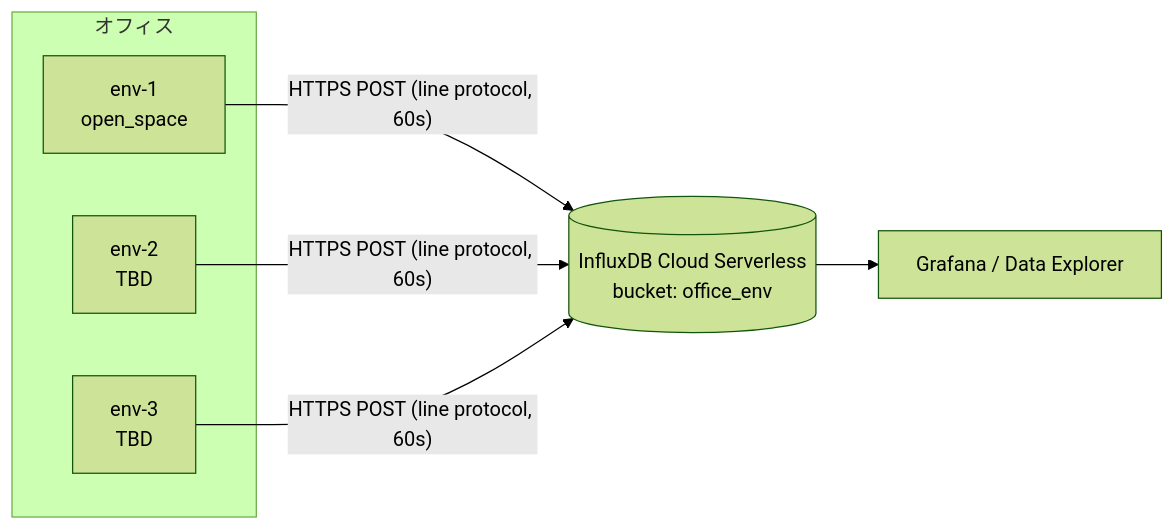
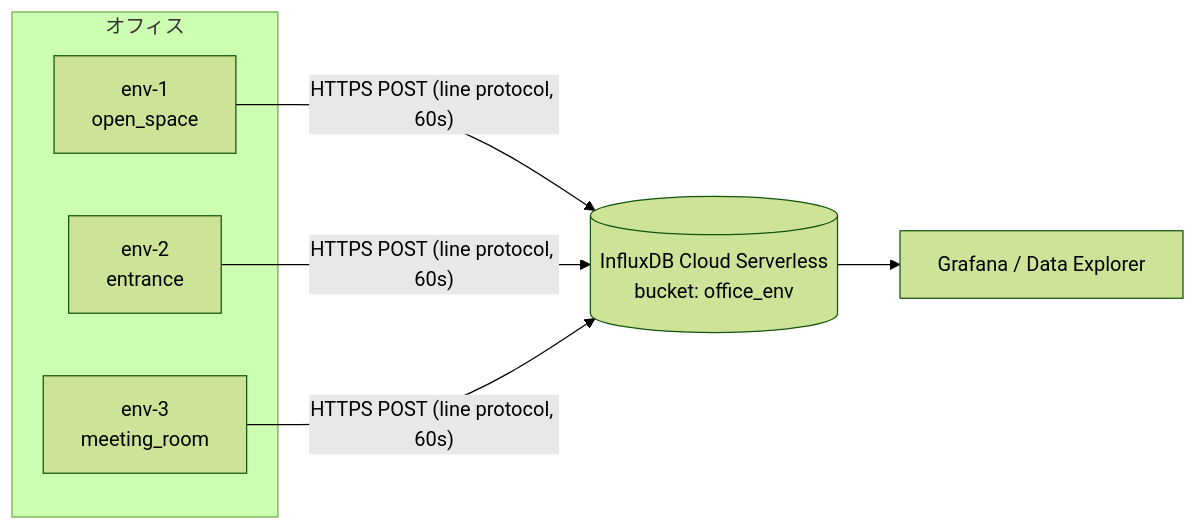
Before and after one commit to matsubo/room-air-monitor: the diagram in docs/design.md, drawn with Mermaid (forest theme).

````diff
--- a/docs/design.md
+++ b/docs/design.md
@@ -12,10 +12,10 @@
 ```mermaid
 flowchart LR
   subgraph office[オフィス]
     E1[env-1<br>open_space]
-    E2[env-2<br>TBD]
-    E3[env-3<br>TBD]
+    E2[env-2<br>entrance]
+    E3[env-3<br>meeting_room]
   end
   E1 & E2 & E3 -->|"HTTPS POST (line protocol, 60s)"| I[("InfluxDB Cloud Serverless<br>bucket: office_env")]
   I --> G["Grafana / Data Explorer"]
 ```
````
